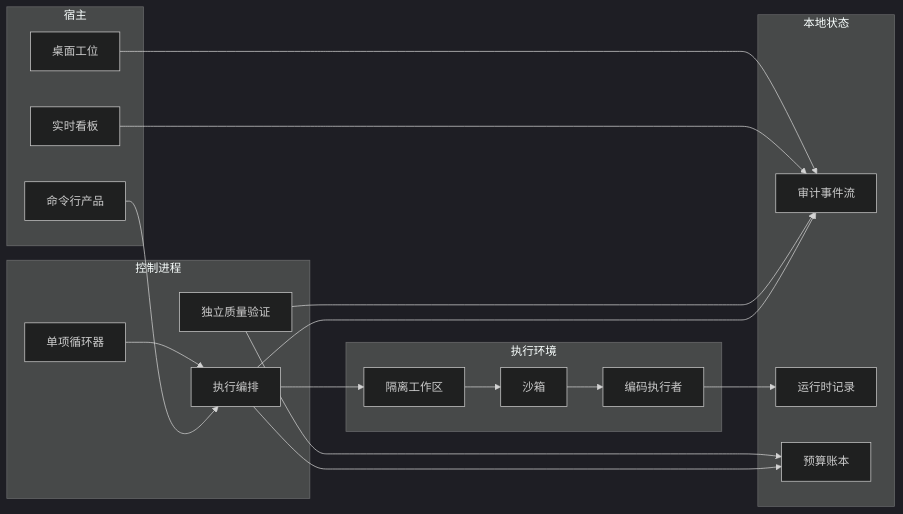
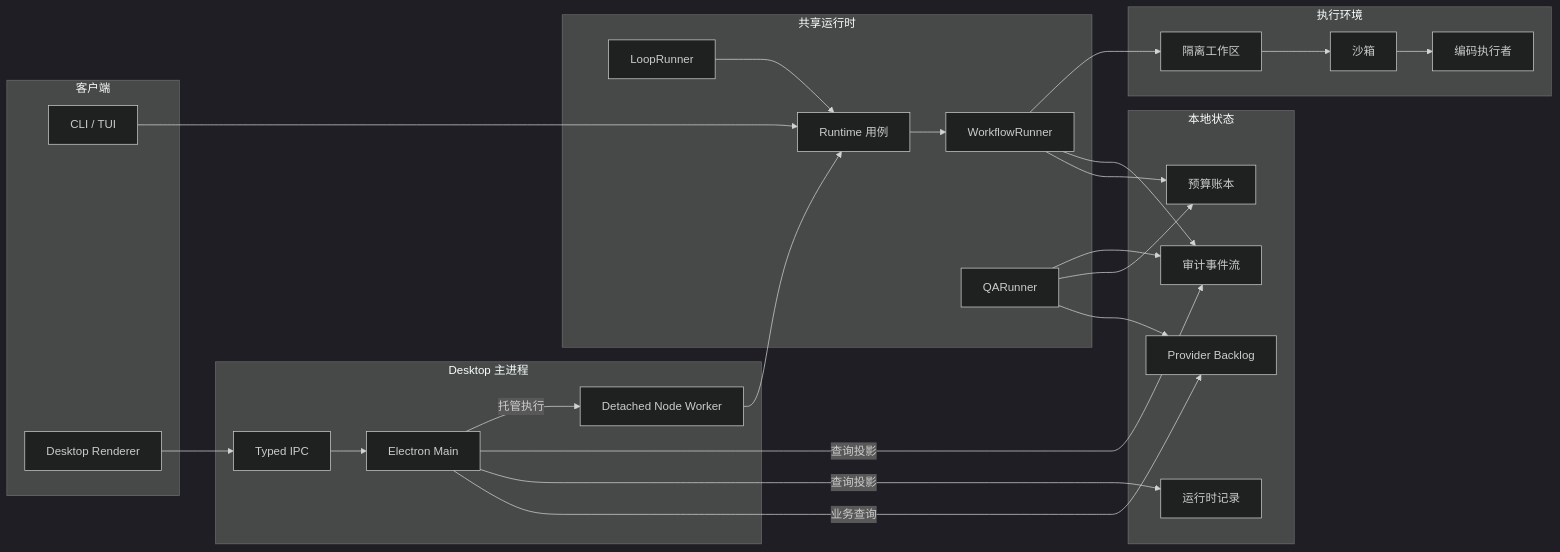
The third of 4 diagrams in docs/architecture/system-architecture-design.md (easyhaloo/afk), drawn with Mermaid (dark theme) before and after one commit. The commit also changed other lines of this file, not shown here.

Commit message:
docs: clarify desktop runtime topology

````diff
--- a/docs/architecture/system-architecture-design.md
+++ b/docs/architecture/system-architecture-design.md
@@ -258,39 +258,51 @@
 ```mermaid
 flowchart LR
-    subgraph 宿主
-        CLI["命令行产品"]
-        TUI["实时看板"]
-        DS["桌面工位"]
+    subgraph 客户端
+        CLI["CLI / TUI"]
+        RENDERER["Desktop Renderer"]
     end
 
-    subgraph 控制进程
-        ORCH["执行编排"]
-        QA["独立质量验证"]
-        LOOP["单项循环器"]
+    subgraph Desktop 主进程
+        IPC["Typed IPC"]
+        MAIN["Electron Main"]
+        WORKER["Detached Node Worker"]
+    end
+
+    subgraph 共享运行时
+        RUNTIME["Runtime 用例"]
+        ORCH["WorkflowRunner"]
+        QA["QARunner"]
+        LOOP["LoopRunner"]
     end
 
     subgraph 执行环境
         WT["隔离工作区"]
         SBX["沙箱"]
         AG["编码执行者"]
     end
 
     subgraph 本地状态
         EVT["审计事件流"]
         RT["运行时记录"]
         BGT["预算账本"]
+        BACKLOG["Provider Backlog"]
     end
 
-    CLI --> ORCH
-    LOOP --> ORCH
+    CLI --> RUNTIME
+    RENDERER --> IPC --> MAIN
+    MAIN -->|托管执行| WORKER
+    WORKER --> RUNTIME
+    MAIN -->|查询投影| EVT
+    MAIN -->|查询投影| RT
+    MAIN -->|业务查询| BACKLOG
+    RUNTIME --> ORCH
+    LOOP --> RUNTIME
     ORCH --> WT
     WT --> SBX
     SBX --> AG
-    AG --> RT
     ORCH --> EVT
     QA --> EVT
     ORCH --> BGT
     QA --> BGT
-    TUI --> EVT
-    DS --> EVT
+    QA --> BACKLOG
 ```
````
